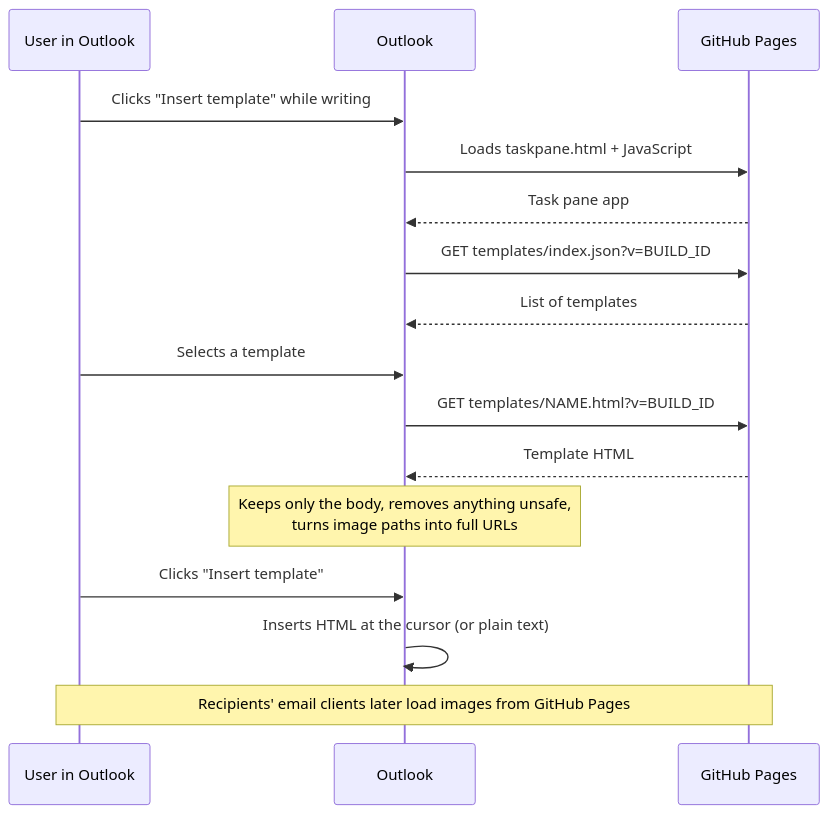
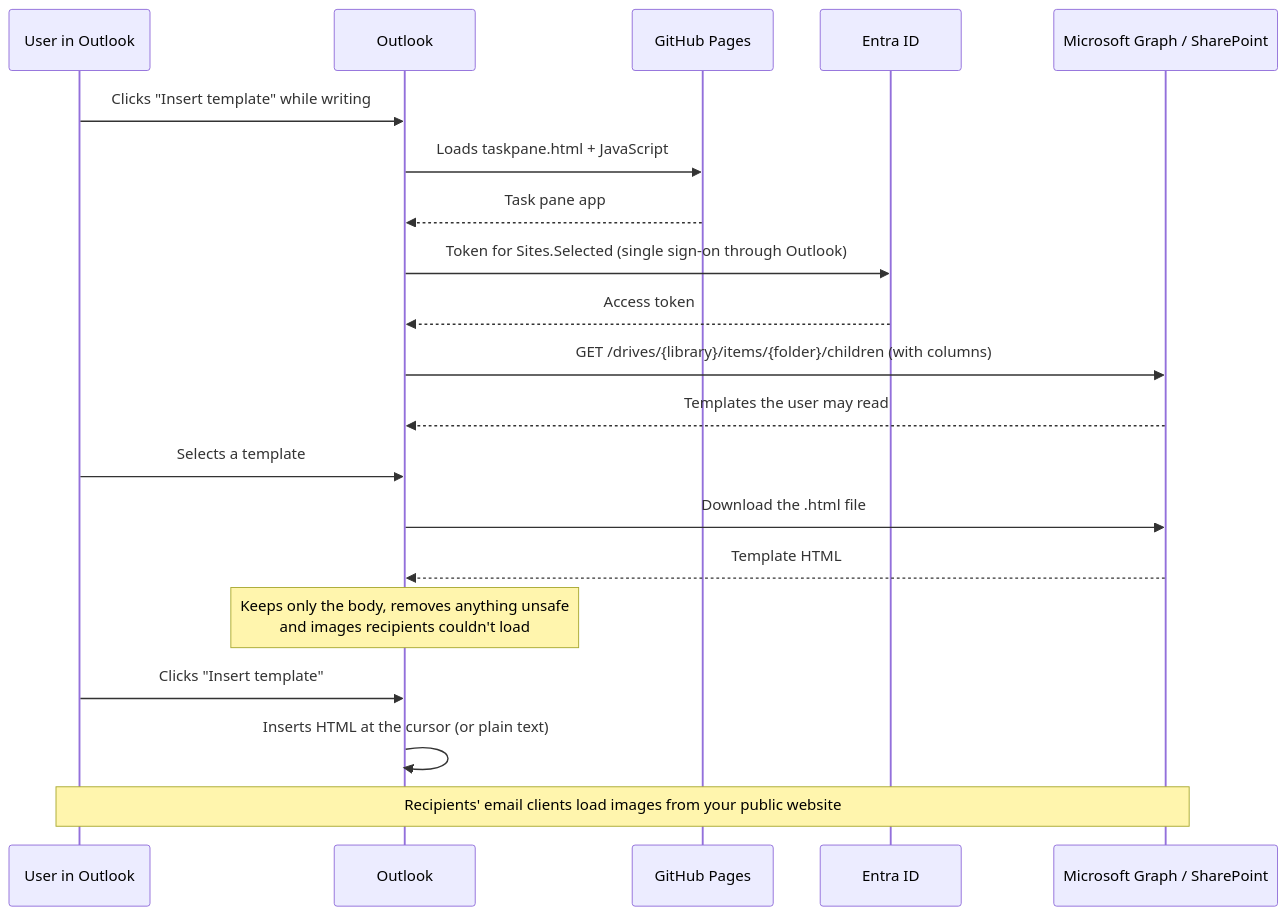
One commit to lachvit/outlook-template-addin changed the diagram in README.md. Above: the diagram before and after it, drawn with Mermaid. The commit also changed other lines of this file and 38 other files, not shown here.

Commit message:
SharePoint-based email templates add-in

````diff
--- a/README.md
+++ b/README.md
@@ -57,18 +55,22 @@
 ```mermaid
 sequenceDiagram
     participant U as User in Outlook
     participant O as Outlook
     participant P as GitHub Pages
+    participant E as Entra ID
+    participant G as Microsoft Graph / SharePoint
     U->>O: Clicks "Insert template" while writing
     O->>P: Loads taskpane.html + JavaScript
     P-->>O: Task pane app
-    O->>P: GET templates/index.json?v=BUILD_ID
-    P-->>O: List of templates
+    O->>E: Token for Sites.Selected (single sign-on through Outlook)
+    E-->>O: Access token
+    O->>G: GET /drives/{library}/items/{folder}/children (with columns)
+    G-->>O: Templates the user may read
     U->>O: Selects a template
-    O->>P: GET templates/NAME.html?v=BUILD_ID
-    P-->>O: Template HTML
-    Note over O: Keeps only the body, removes anything unsafe,<br/>turns image paths into full URLs
+    O->>G: Download the .html file
+    G-->>O: Template HTML
+    Note over O: Keeps only the body, removes anything unsafe<br/>and images recipients couldn't load
     U->>O: Clicks "Insert template"
     O->>O: Inserts HTML at the cursor (or plain text)
-    Note over U,P: Recipients' email clients later load images from GitHub Pages
+    Note over U,G: Recipients' email clients load images from your public website
 ```
````
